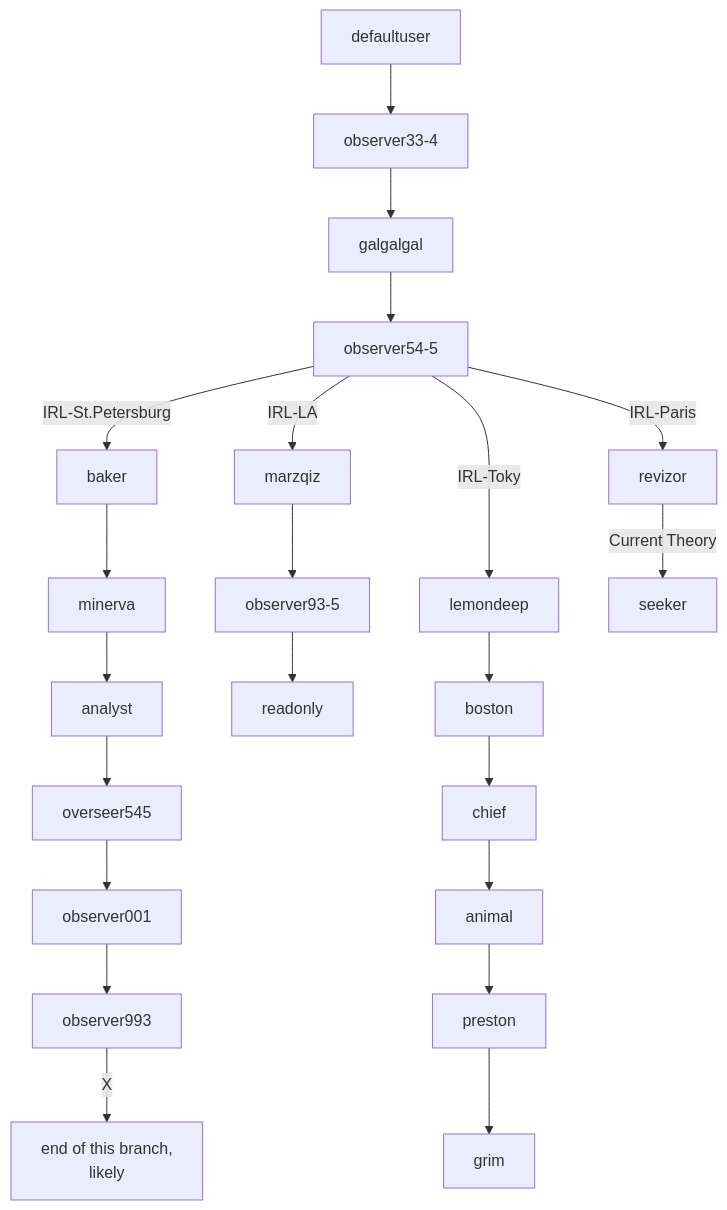
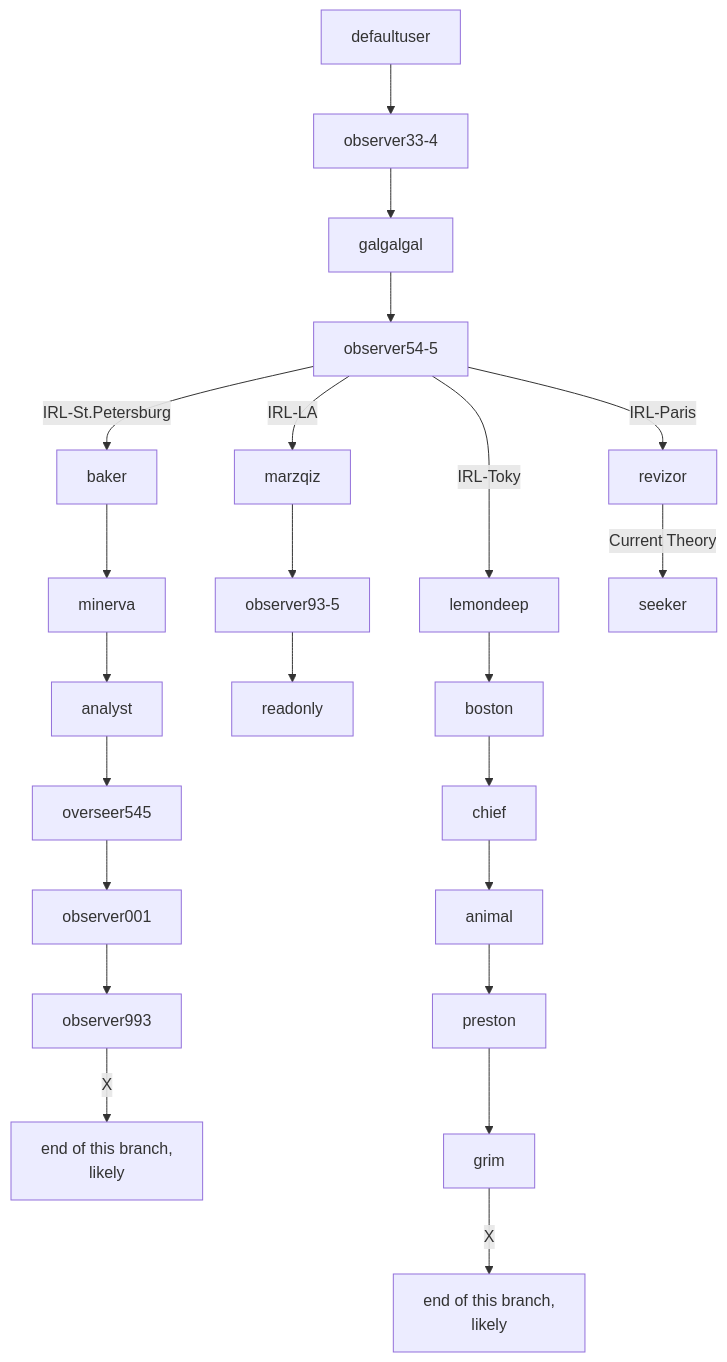
Before and after one commit to Philsie/ARRS-documentation: the diagram in README.md, drawn with Mermaid.

````diff
--- a/README.md
+++ b/README.md
@@ -28,24 +28,25 @@
 ```mermaid
 graph TD;
     defaultuser-->observer33-4;
     observer33-4-->galgalgal;
     galgalgal-->observer54-5;
     observer54-5--IRL-Paris-->revizor;
     observer54-5--IRL-LA-->marzqiz;
     observer54-5--IRL-St.Petersburg-->baker;
     observer54-5--IRL-Tokyo-->lemondeep;
     baker-->minerva;
     minerva-->analyst;
     analyst-->overseer545;
     overseer545-->observer001;
     observer001-->observer993;
     observer993--X-->russiaEnd["end of this branch,\n likely"];
     marzqiz-->observer93-5;
     observer93-5-->readonly;
     revizor--Current Theory-->seeker;
     lemondeep-->boston;
     boston-->chief;
     chief-->animal;
     animal-->preston;
     preston-->grim;
+    grim--X-->japanEnd["end of this branch,\n likely"];
 ```
````
